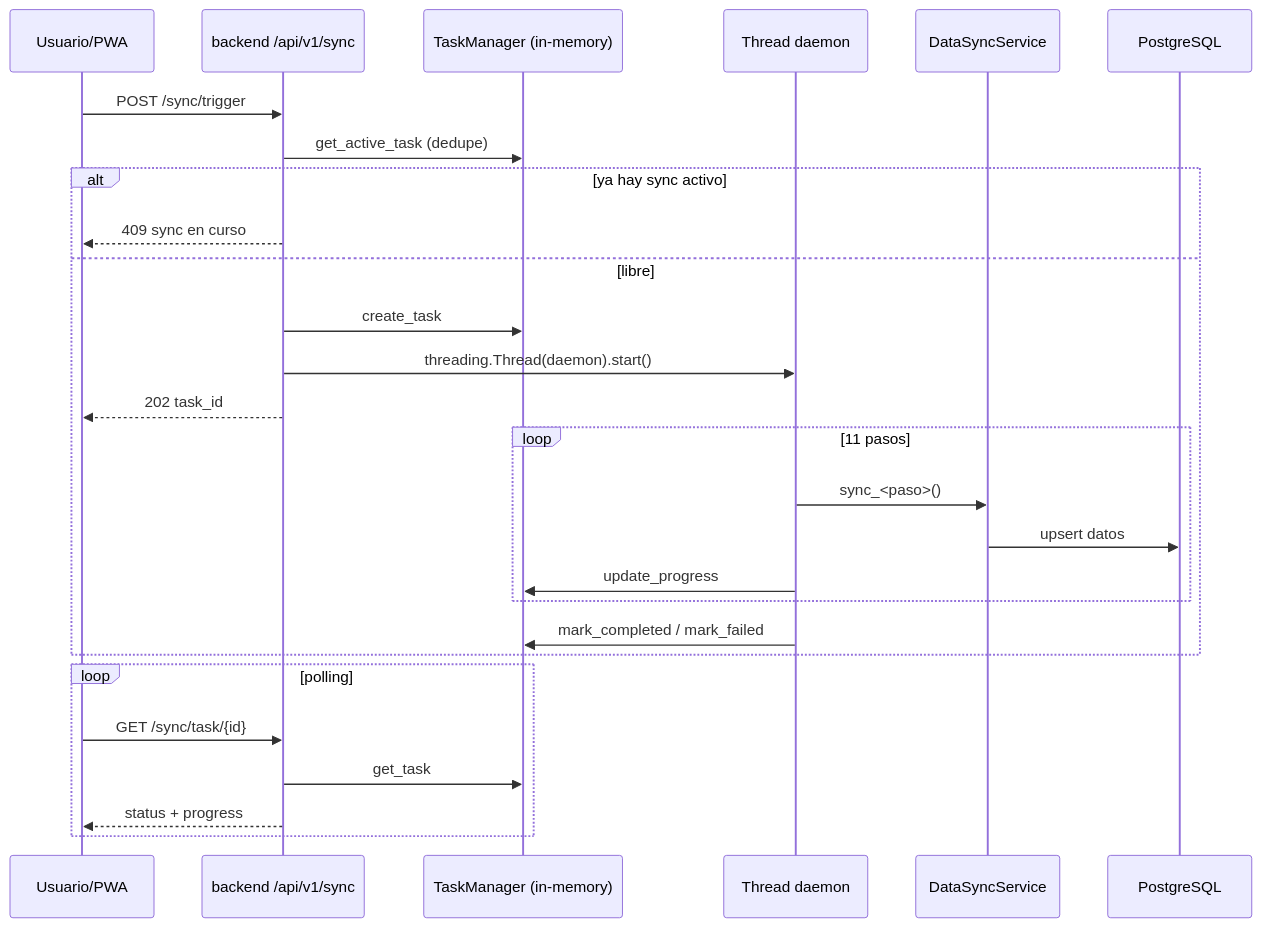
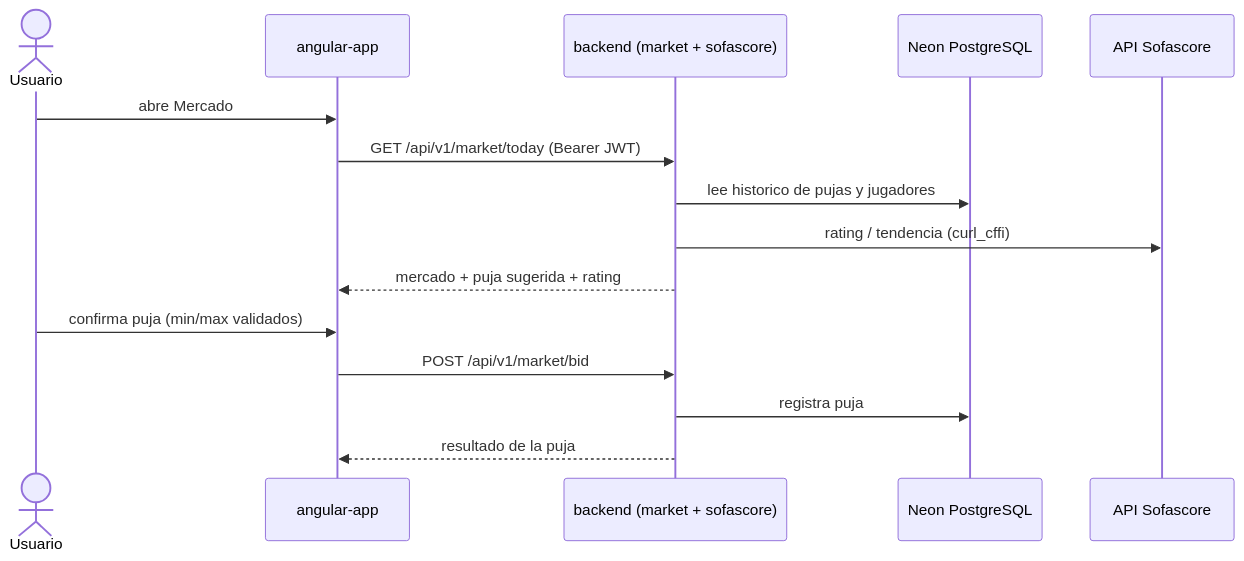
Before and after one commit to Mutinho/futmondo-analytics: the third of 4 diagrams in aidlc/spaces/default/codekb/futmondo-analytics/architecture.md, drawn with Mermaid. The commit also changed other lines of this file and 50 other files, not shown here.

````diff
--- a/aidlc/spaces/default/codekb/futmondo-analytics/architecture.md
+++ b/aidlc/spaces/default/codekb/futmondo-analytics/architecture.md
@@ -123,30 +75,17 @@
 ```mermaid
 sequenceDiagram
-    participant U as Usuario/PWA
-    participant BE as backend /api/v1/sync
-    participant TM as TaskManager (in-memory)
-    participant TH as Thread daemon
-    participant SVC as DataSyncService
-    participant DB as PostgreSQL
-
-    U->>BE: POST /sync/trigger
-    BE->>TM: get_active_task (dedupe)
-    alt ya hay sync activo
-        BE-->>U: 409 sync en curso
-    else libre
-        BE->>TM: create_task
-        BE->>TH: threading.Thread(daemon).start()
-        BE-->>U: 202 task_id
-        loop 11 pasos
-            TH->>SVC: sync_<paso>()
-            SVC->>DB: upsert datos
-            TH->>TM: update_progress
-        end
-        TH->>TM: mark_completed / mark_failed
-    end
-    loop polling
-        U->>BE: GET /sync/task/{id}
-        BE->>TM: get_task
-        BE-->>U: status + progress
-    end
+  actor U as Usuario
+  participant FE as angular-app
+  participant BE as backend (market + sofascore)
+  participant DB as Neon PostgreSQL
+  participant SS as API Sofascore
+  U->>FE: abre Mercado
+  FE->>BE: GET /api/v1/market/today (Bearer JWT)
+  BE->>DB: lee historico de pujas y jugadores
+  BE->>SS: rating / tendencia (curl_cffi)
+  BE-->>FE: mercado + puja sugerida + rating
+  U->>FE: confirma puja (min/max validados)
+  FE->>BE: POST /api/v1/market/bid
+  BE->>DB: registra puja
+  BE-->>FE: resultado de la puja
 ```
````
